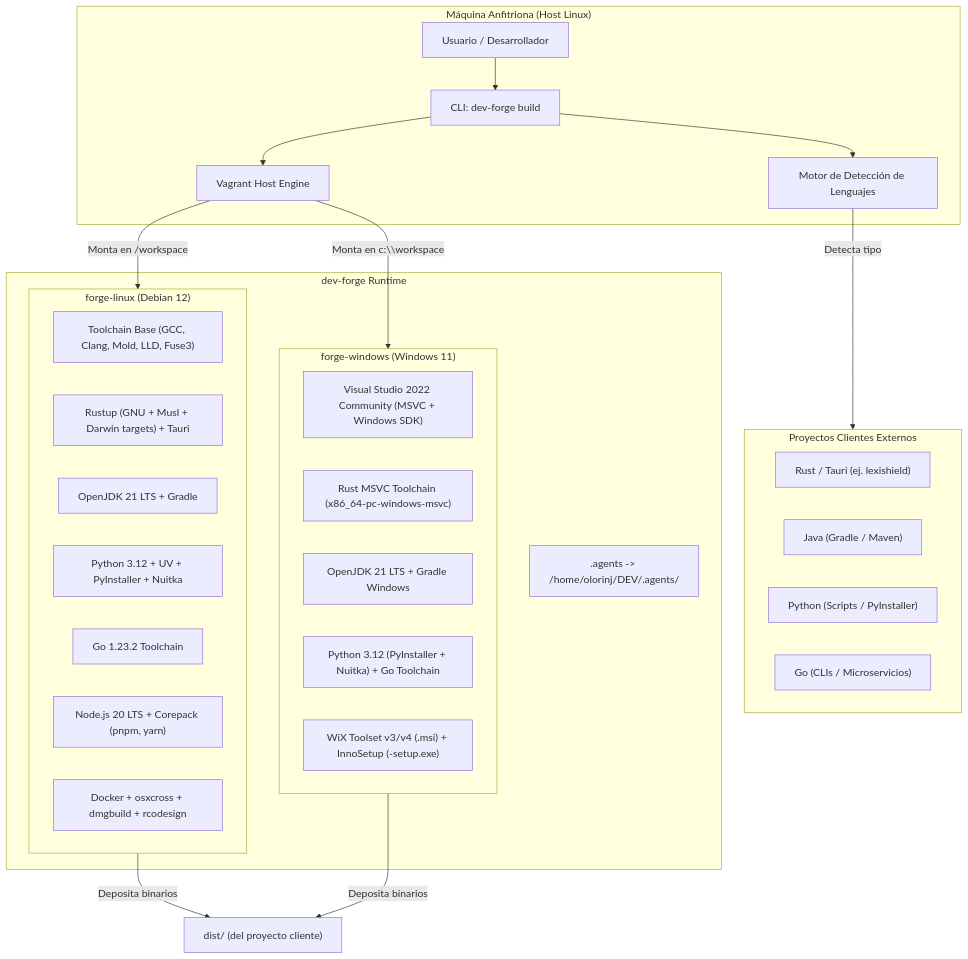
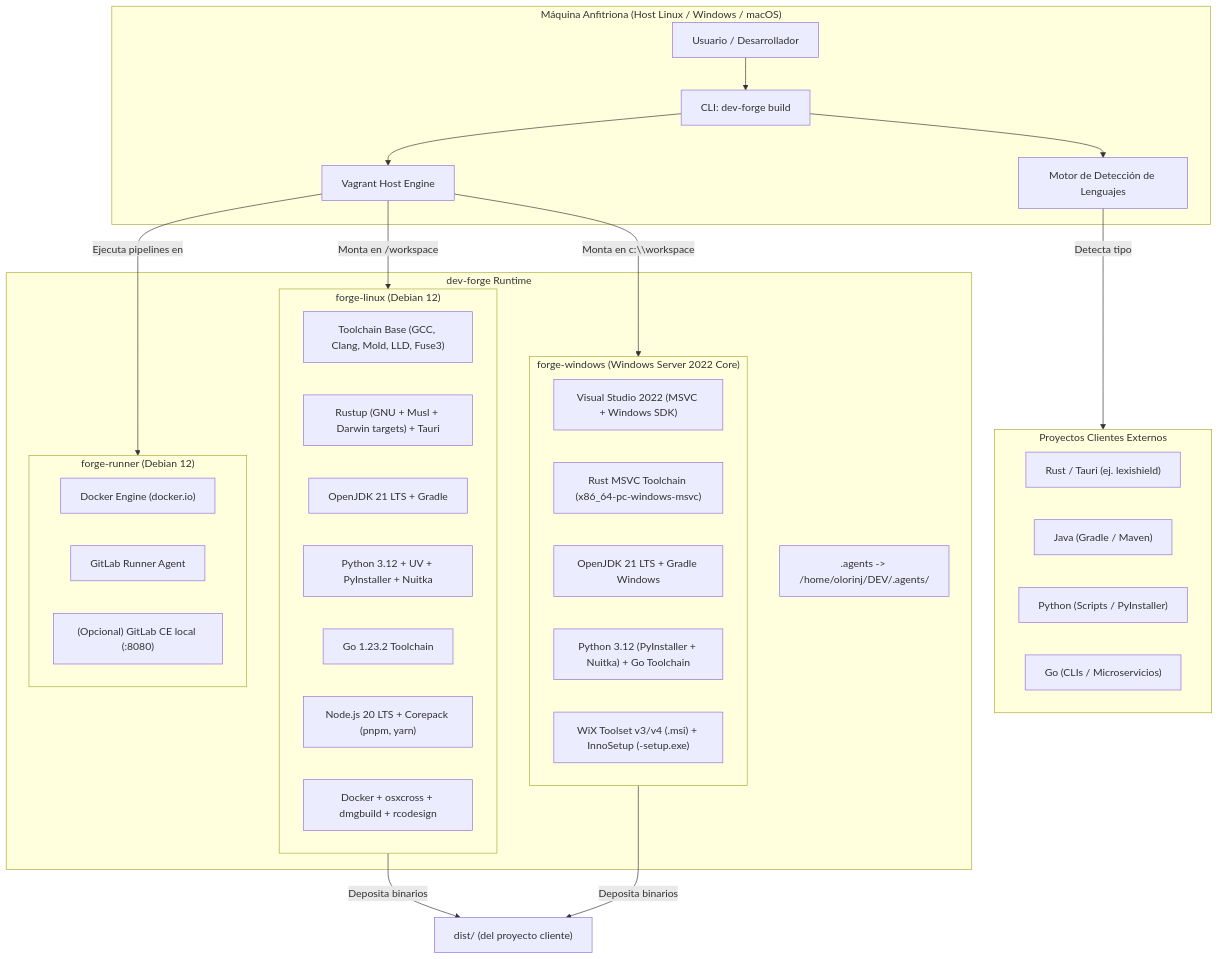
Before and after one commit to olorinj/dev-forge: the first of 2 diagrams in docs/architecture.md, drawn with Mermaid. The commit also changed 3 other files, not shown here.

First line of the commit message:
docs: synchronize runner architecture, CLI workflows, and diagrams across all docs

````diff
--- a/docs/architecture.md
+++ b/docs/architecture.md
@@ -7,44 +7,51 @@
 ```mermaid
 flowchart TD
-    subgraph Host["Máquina Anfitriona (Host Linux)"]
+    subgraph Host["Máquina Anfitriona (Host Linux / Windows / macOS)"]
         User["Usuario / Desarrollador"] --> CLI["CLI: dev-forge build"]
         CLI --> Detector["Motor de Detección de Lenguajes"]
         CLI --> VagrantHost["Vagrant Host Engine"]
     end
 
     subgraph Proyectos_Clientes["Proyectos Clientes Externos"]
         RustP["Rust / Tauri (ej. lexishield)"]
         JavaP["Java (Gradle / Maven)"]
         PyP["Python (Scripts / PyInstaller)"]
         GoP["Go (CLIs / Microservicios)"]
     end
 
     subgraph Forja["dev-forge Runtime"]
         Agents[".agents -> /home/olorinj/DEV/.agents/"]
         
         subgraph VM_Linux["forge-linux (Debian 12)"]
             L_Base["Toolchain Base (GCC, Clang, Mold, LLD, Fuse3)"]
             L_Rust["Rustup (GNU + Musl + Darwin targets) + Tauri"]
             L_Java["OpenJDK 21 LTS + Gradle"]
             L_Py["Python 3.12 + UV + PyInstaller + Nuitka"]
             L_Go["Go 1.23.2 Toolchain"]
             L_Node["Node.js 20 LTS + Corepack (pnpm, yarn)"]
             L_Mac["Docker + osxcross + dmgbuild + rcodesign"]
         end
 
-        subgraph VM_Win["forge-windows (Windows 11)"]
-            W_MSVC["Visual Studio 2022 Community (MSVC + Windows SDK)"]
+        subgraph VM_Win["forge-windows (Windows Server 2022 Core)"]
+            W_MSVC["Visual Studio 2022 (MSVC + Windows SDK)"]
             W_Rust["Rust MSVC Toolchain (x86_64-pc-windows-msvc)"]
             W_Java["OpenJDK 21 LTS + Gradle Windows"]
             W_PyGo["Python 3.12 (PyInstaller + Nuitka) + Go Toolchain"]
             W_Pack["WiX Toolset v3/v4 (.msi) + InnoSetup (-setup.exe)"]
+        end
+
+        subgraph VM_Runner["forge-runner (Debian 12)"]
+            R_Docker["Docker Engine (docker.io)"]
+            R_Agent["GitLab Runner Agent"]
+            R_Local["(Opcional) GitLab CE local (:8080)"]
         end
     end
 
     Detector -->|"Detecta tipo"| Proyectos_Clientes
     VagrantHost -->|"Monta en /workspace"| VM_Linux
     VagrantHost -->|"Monta en c:\\workspace"| VM_Win
+    VagrantHost -->|"Ejecuta pipelines en"| VM_Runner
 
     VM_Linux -->|"Deposita binarios"| Dist["dist/ (del proyecto cliente)"]
     VM_Win -->|"Deposita binarios"| Dist
 ```
````
